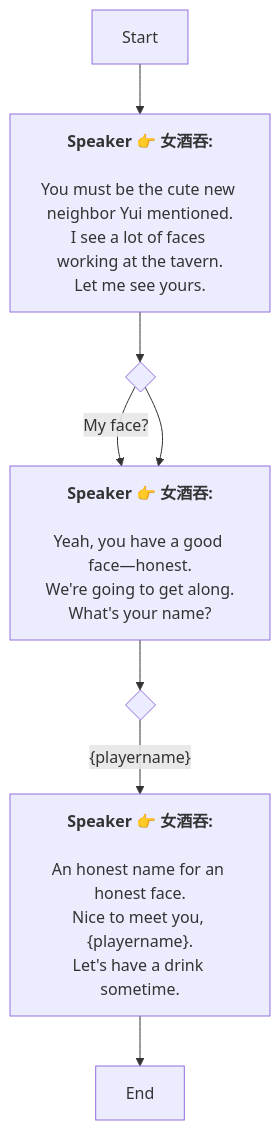
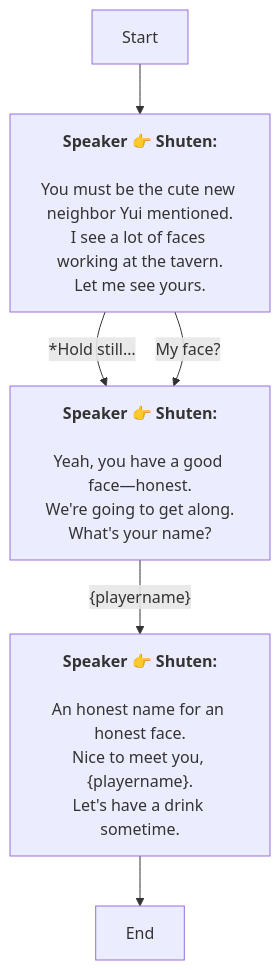
Before and after one commit to SoftHu/tos_avg: the diagram in Zh/AddDialogNode_1741889867296003.md, drawn with Mermaid. The commit also changed 737 other files, not shown here.

````diff
--- a/Zh/AddDialogNode_1741889867296003.md
+++ b/Zh/AddDialogNode_1741889867296003.md
@@ -1,27 +1,21 @@
 ```mermaid
 graph
-Start -->1741906499870021[<b>Speaker 👉 女酒吞:</b>
-
-You must be the cute new neighbor Yui mentioned.
+Start -->1741906499870021[<b>Speaker 👉 Shuten:</b>
+\nYou must be the cute new neighbor Yui mentioned.
 I see a lot of faces working at the tavern.
 Let me see yours. ]
-1741906499870021 -->1769060621691928{ }
-1769060621691928 -->|My face?|1769060640365597[<b>Speaker 👉 女酒吞:</b>
-
-Yeah, you have a good face—honest.
+1741906499870021 -->|*Hold still…|1769060640365597[<b>Speaker 👉 Shuten:</b>
+\nYeah, you have a good face—honest.
 We're going to get along.
 What's your name?]
-1769060621691928 -->1769060640365597[<b>Speaker 👉 女酒吞:</b>
-
-Yeah, you have a good face—honest.
+1741906499870021 -->|My face?|1769060640365597[<b>Speaker 👉 Shuten:</b>
+\nYeah, you have a good face—honest.
 We're going to get along.
 What's your name?]
-1769060640365597 -->1769060656456738{ }
-1769060656456738 -->|&lbrace;playername&rbrace;|1769060667145251[<b>Speaker 👉 女酒吞:</b>
-
-An honest name for an honest face.
+1769060640365597 -->|&lbrace;playername&rbrace;|1769060667145251[<b>Speaker 👉 Shuten:</b>
+\nAn honest name for an honest face.
 Nice to meet you, &lbrace;playername&rbrace;.
 Let's have a drink sometime.  ]
 1769060667145251 -->1741908338957638[End]
 
- ```
+```
````
